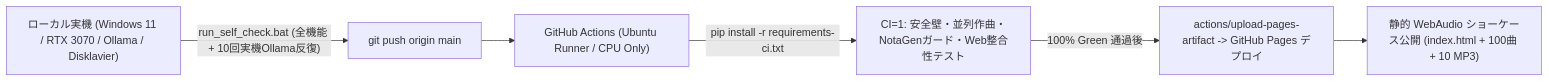
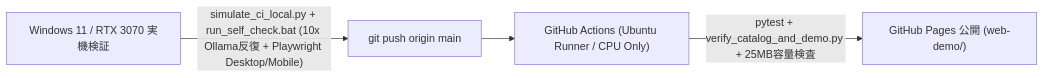
Before and after one commit to AI-Avalon/Disklavier-Auto: the fourth of 4 diagrams in README.md, drawn with Mermaid. The commit also changed other lines of this file and 66 other files, not shown here.

Commit message:
feat: integrate NotaGen-Small/Anticipatory/MIDI-GPT engines, RTX 3070 dual-VRAM profiles, 5-rule editorial UI and smartphone UI

````diff
--- a/README.md
+++ b/README.md
@@ -96,8 +114,6 @@
 ```mermaid
 flowchart LR
-    Local["ローカル実機 (Windows 11 / RTX 3070 / Ollama / Disklavier)"] -->|"run_self_check.bat (全機能 + 10回実機Ollama反復)"| Push["git push origin main"]
+    Local["Windows 11 / RTX 3070 実機検証"] -->|"simulate_ci_local.py + run_self_check.bat (10x Ollama反復 + Playwright Desktop/Mobile)"| Push["git push origin main"]
     Push --> GHA["GitHub Actions (Ubuntu Runner / CPU Only)"]
-    GHA -->|"pip install -r requirements-ci.txt"| SimTest["CI=1: 安全壁・並列作曲・NotaGenガード・Web整合性テスト"]
-    SimTest -->|"100% Green 通過後"| Pages["actions/upload-pages-artifact -> GitHub Pages デプロイ"]
-    Pages --> WebLive["静的 WebAudio ショーケース公開 (index.html + 100曲 + 10 MP3)"]
+    GHA -->|"pytest + verify_catalog_and_demo.py + 25MB容量検査"| Pages["GitHub Pages 公開 (web-demo/)"]
 ```
````
